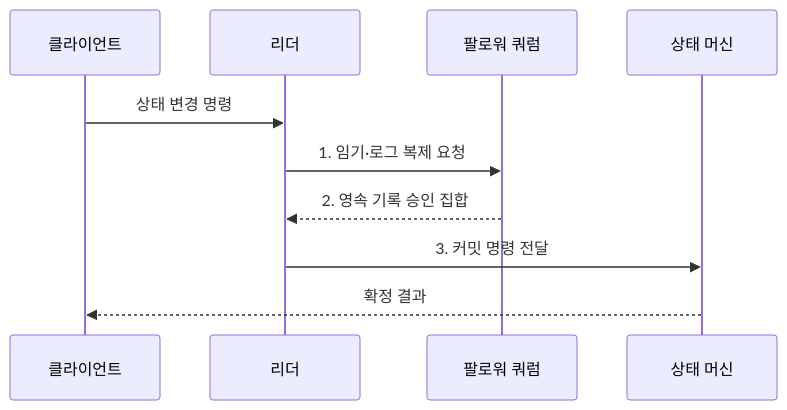
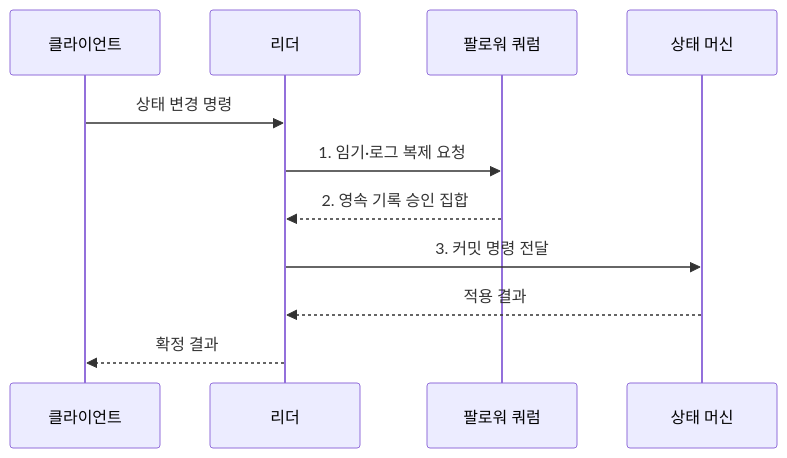
Before and after one commit to agnusdei1207/knowledge-base: the second of 2 diagrams in src/content/docs/notes/03-software/177_distributed_consensus_raft_paxos.md, drawn with Mermaid. The commit also changed other lines of this file and 8 other files, not shown here.

````diff
--- a/src/content/docs/notes/03-software/177_distributed_consensus_raft_paxos.md
+++ b/src/content/docs/notes/03-software/177_distributed_consensus_raft_paxos.md
@@ -86,12 +86,13 @@
 ```mermaid
 sequenceDiagram
     participant C as 클라이언트
     participant L as 리더
     participant F as 팔로워 쿼럼
     participant S as 상태 머신
     C->>L: 상태 변경 명령
     L->>F: 1. 임기·로그 복제 요청
     F-->>L: 2. 영속 기록 승인 집합
     L->>S: 3. 커밋 명령 전달
-    S-->>C: 확정 결과
+    S-->>L: 적용 결과
+    L-->>C: 확정 결과
 ```
````
